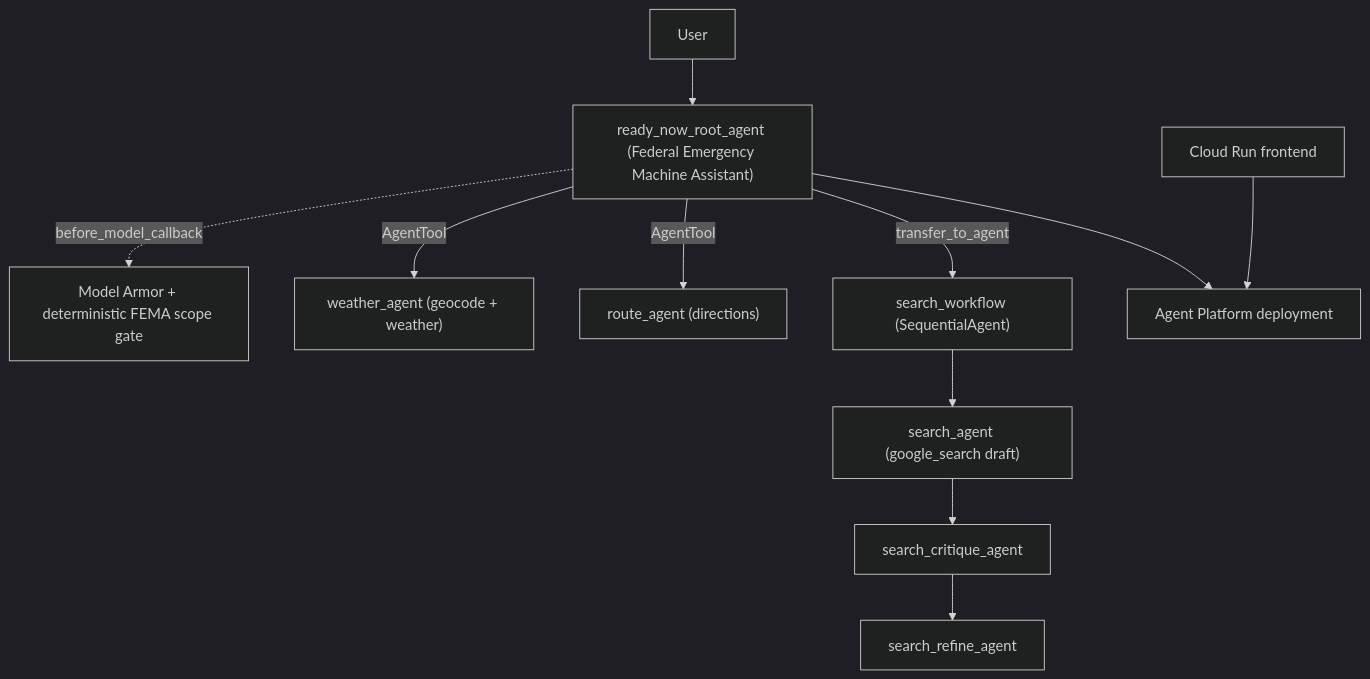
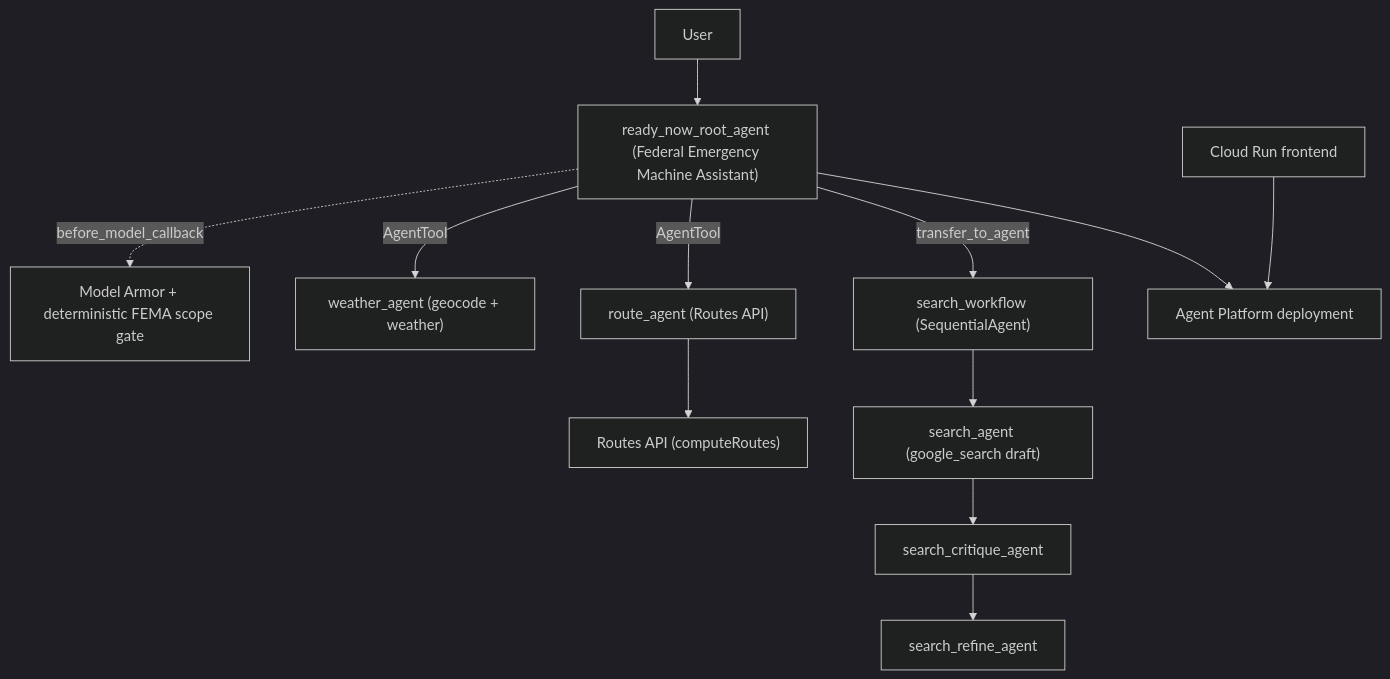
The diagram in challenge-6/README.md (olorinhill/agent-dev-skills-workshop-david), drawn with Mermaid (dark theme) before and after one commit. The commit also changed other lines of this file and 1 other file, not shown here.

````diff
--- a/challenge-6/README.md
+++ b/challenge-6/README.md
@@ -30,11 +30,12 @@
 ```mermaid
 flowchart TD
     user[User] --> root["ready_now_root_agent (Federal Emergency Machine Assistant)"]
     root -. before_model_callback .-> guard["Model Armor + deterministic FEMA scope gate"]
     root -->|AgentTool| weather["weather_agent (geocode + weather)"]
-    root -->|AgentTool| route["route_agent (directions)"]
+    root -->|AgentTool| route["route_agent (Routes API)"]
     root -->|transfer_to_agent| sw["search_workflow (SequentialAgent)"]
+    route --> routesapi["Routes API (computeRoutes)"]
     sw --> sd["search_agent (google_search draft)"] --> sc["search_critique_agent"] --> sr["search_refine_agent"]
     root --> platform["Agent Platform deployment"]
     frontend["Cloud Run frontend"] --> platform
 ```
````
